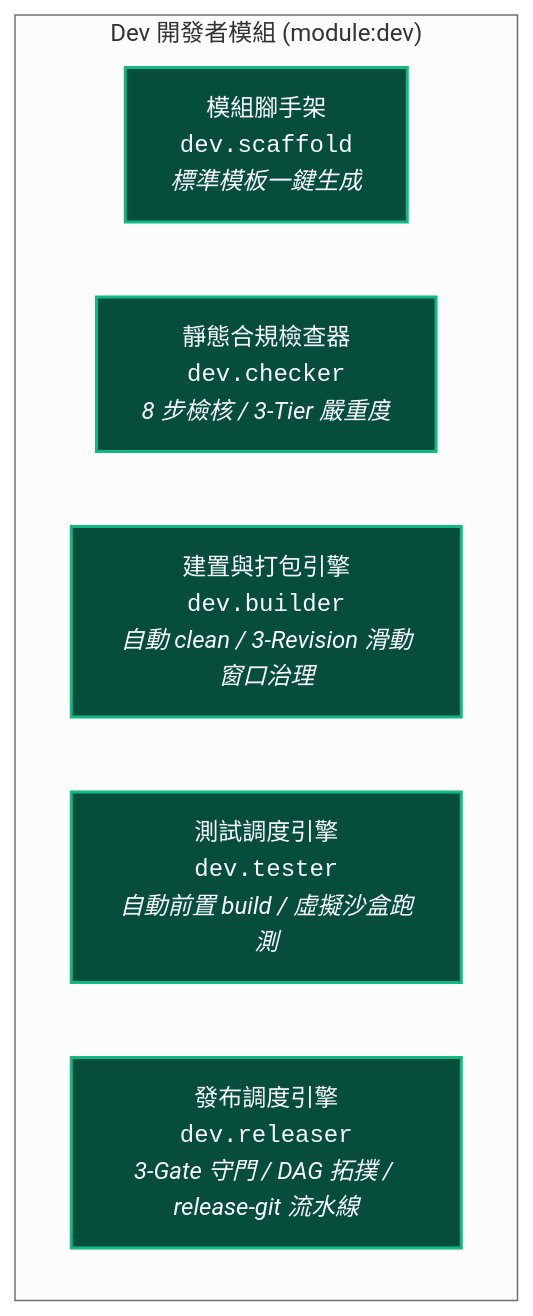
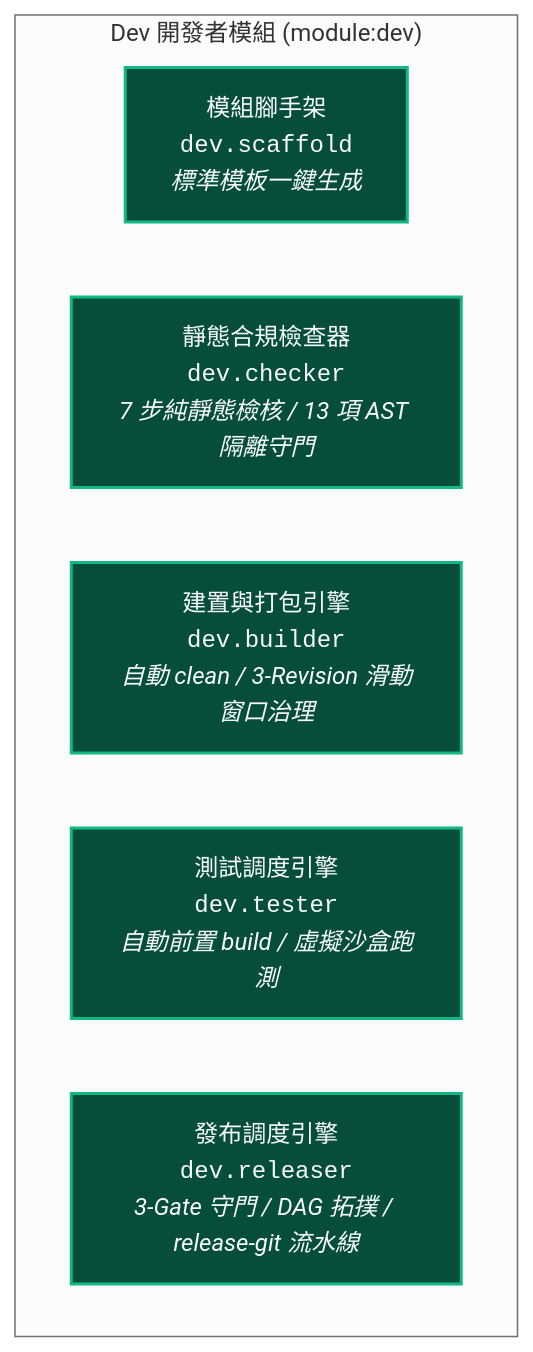
The diagram in docs/dev/README.md (ysnaive/ys-codebase), drawn with Mermaid (neutral theme) before and after one commit. The commit also changed other lines of this file and 20 other files, not shown here.

Commit message:
feat(dev): enforce single-pass 13 AST runtime isolation guardrails and remove custom_checks

````diff
--- a/docs/dev/README.md
+++ b/docs/dev/README.md
@@ -33,12 +33,12 @@
 ```mermaid
 graph TD
     classDef sub fill:#064e3b,stroke:#10b981,stroke-width:2px,color:#f8fafc;
     
     subgraph DevModule ["Dev 開發者模組 (module:dev)"]
         Scaffold["模組腳手架<br/><code>dev.scaffold</code><br/><i>標準模板一鍵生成</i>"]:::sub
-        Checker["靜態合規檢查器<br/><code>dev.checker</code><br/><i>8 步檢核 / 3-Tier 嚴重度</i>"]:::sub
+        Checker["靜態合規檢查器<br/><code>dev.checker</code><br/><i>7 步純靜態檢核 / 13 項 AST 隔離守門</i>"]:::sub
         Builder["建置與打包引擎<br/><code>dev.builder</code><br/><i>自動 clean / 3-Revision 滑動窗口治理</i>"]:::sub
         Tester["測試調度引擎<br/><code>dev.tester</code><br/><i>自動前置 build / 虛擬沙盒跑測</i>"]:::sub
         Releaser["發布調度引擎<br/><code>dev.releaser</code><br/><i>3-Gate 守門 / DAG 拓撲 / release-git 流水線</i>"]:::sub
     end
 ```
````
